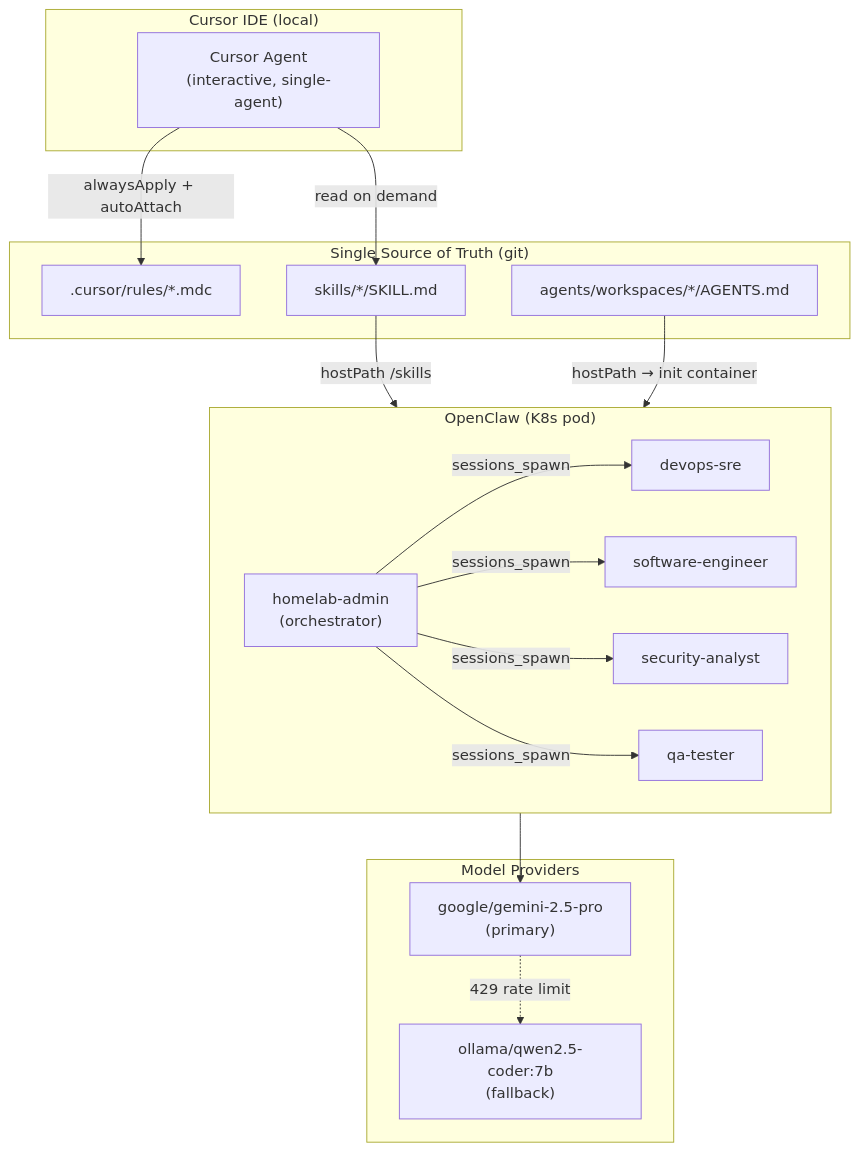
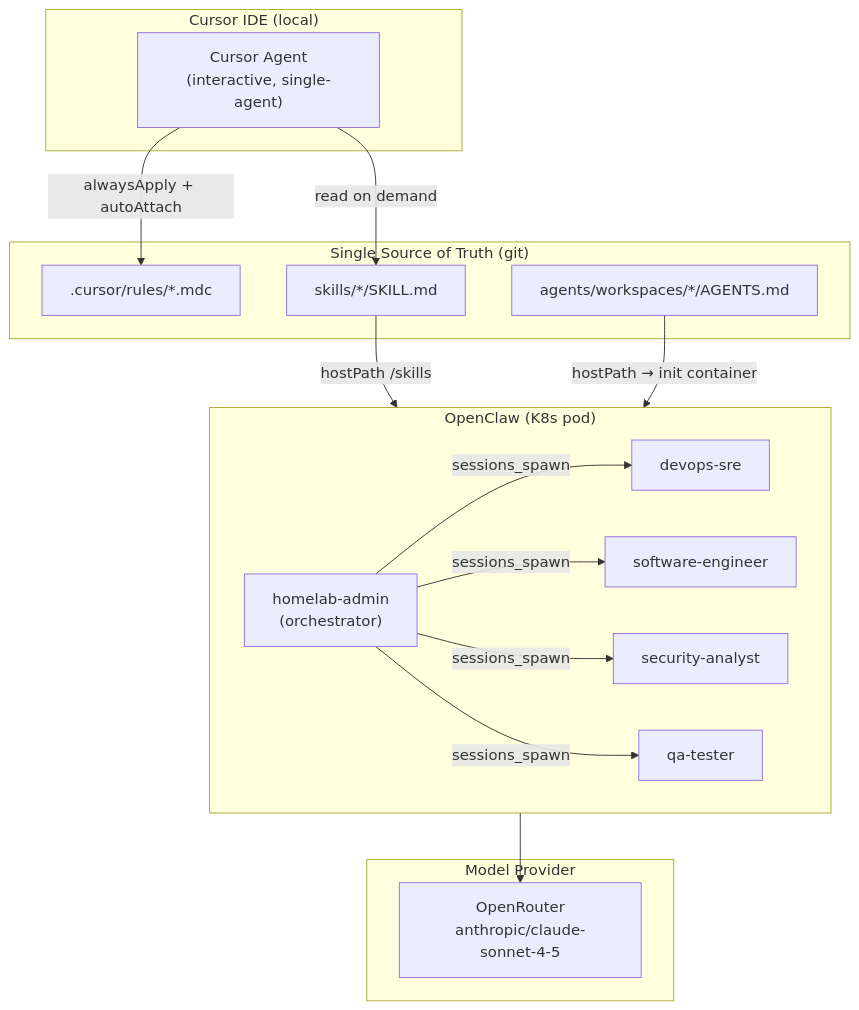
The first of 2 diagrams in docs/ai-agents.md (haingth77/homelab), drawn with Mermaid before and after one commit. The commit also changed other lines of this file and 11 other files, not shown here.

First line of the commit message:
feat: replace Gemini + Ollama with OpenRouter as primary model provider

````diff
--- a/docs/ai-agents.md
+++ b/docs/ai-agents.md
@@ -11,37 +11,35 @@
 ```mermaid
 flowchart TD
     subgraph source ["Single Source of Truth (git)"]
         CursorRules[".cursor/rules/*.mdc"]
         Skills["skills/*/SKILL.md"]
         AgentsMD["agents/workspaces/*/AGENTS.md"]
     end
 
     subgraph cursor ["Cursor IDE (local)"]
         CursorAgent["Cursor Agent\n(interactive, single-agent)"]
         CursorAgent -->|"alwaysApply + autoAttach"| CursorRules
         CursorAgent -->|"read on demand"| Skills
     end
 
     subgraph openclaw ["OpenClaw (K8s pod)"]
         HA["homelab-admin\n(orchestrator)"]
         DS["devops-sre"]
         SE["software-engineer"]
         SA["security-analyst"]
         QA["qa-tester"]
         HA -->|"sessions_spawn"| DS
         HA -->|"sessions_spawn"| SE
         HA -->|"sessions_spawn"| SA
         HA -->|"sessions_spawn"| QA
     end
 
-    subgraph models ["Model Providers"]
-        Gemini["google/gemini-2.5-pro\n(primary)"]
-        Ollama["ollama/qwen2.5-coder:7b\n(fallback)"]
+    subgraph models ["Model Provider"]
+        OpenRouterM["OpenRouter\nanthropic/claude-sonnet-4-5"]
     end
 
-    openclaw --> Gemini
-    Gemini -.->|"429 rate limit"| Ollama
+    openclaw --> OpenRouterM
 
     Skills -->|"hostPath /skills"| openclaw
     AgentsMD -->|"hostPath → init container"| openclaw
 ```
````
